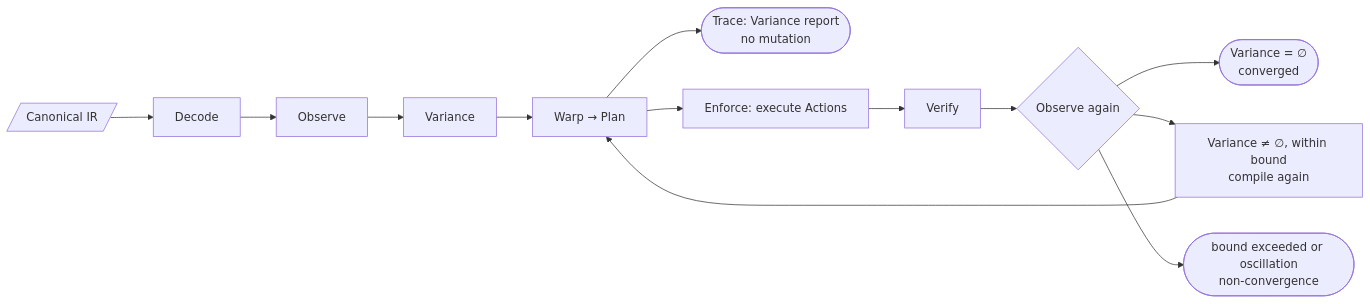
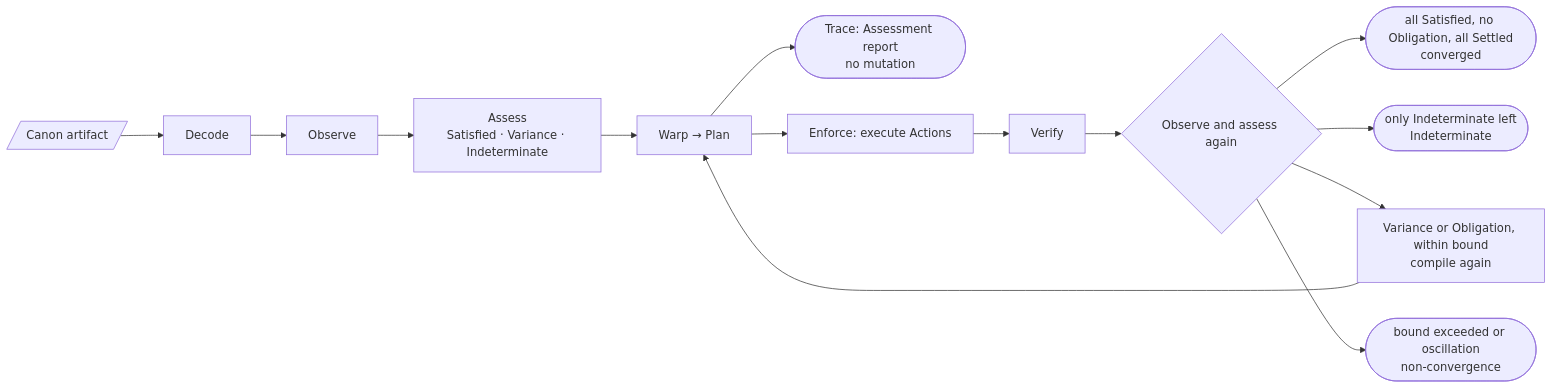
Before and after one commit to kmosoti/Nomos: the second of 8 diagrams in docs/architecture/runtime.md, drawn with Mermaid. The commit also changed other lines of this file and 17 other files, not shown here.

````diff
--- a/docs/architecture/runtime.md
+++ b/docs/architecture/runtime.md
@@ -20,9 +20,10 @@
 ```mermaid
 flowchart LR
-    C[/"Canonical IR"/] --> Decode --> Observe --> Diff["Variance"] --> Compile["Warp → Plan"]
-    Compile --> Report(["Trace: Variance report<br/>no mutation"])
-    Compile --> Execute["Enforce: execute Actions"] --> Verify --> Observe2{"Observe again"}
-    Observe2 --> Converged(["Variance = ∅<br/>converged"])
-    Observe2 --> Again["Variance ≠ ∅, within bound<br/>compile again"] --> Compile
+    C[/"Canon artifact"/] --> Decode --> Observe --> Assess["Assess<br/>Satisfied · Variance · Indeterminate"] --> Compile["Warp → Plan"]
+    Compile --> Report(["Trace: Assessment report<br/>no mutation"])
+    Compile --> Execute["Enforce: execute Actions"] --> Verify --> Observe2{"Observe and assess again"}
+    Observe2 --> Converged(["all Satisfied, no Obligation, all Settled<br/>converged"])
+    Observe2 --> Ind(["only Indeterminate left<br/>Indeterminate"])
+    Observe2 --> Again["Variance or Obligation, within bound<br/>compile again"] --> Compile
     Observe2 --> NC(["bound exceeded or oscillation<br/>non-convergence"])
 ```
````
